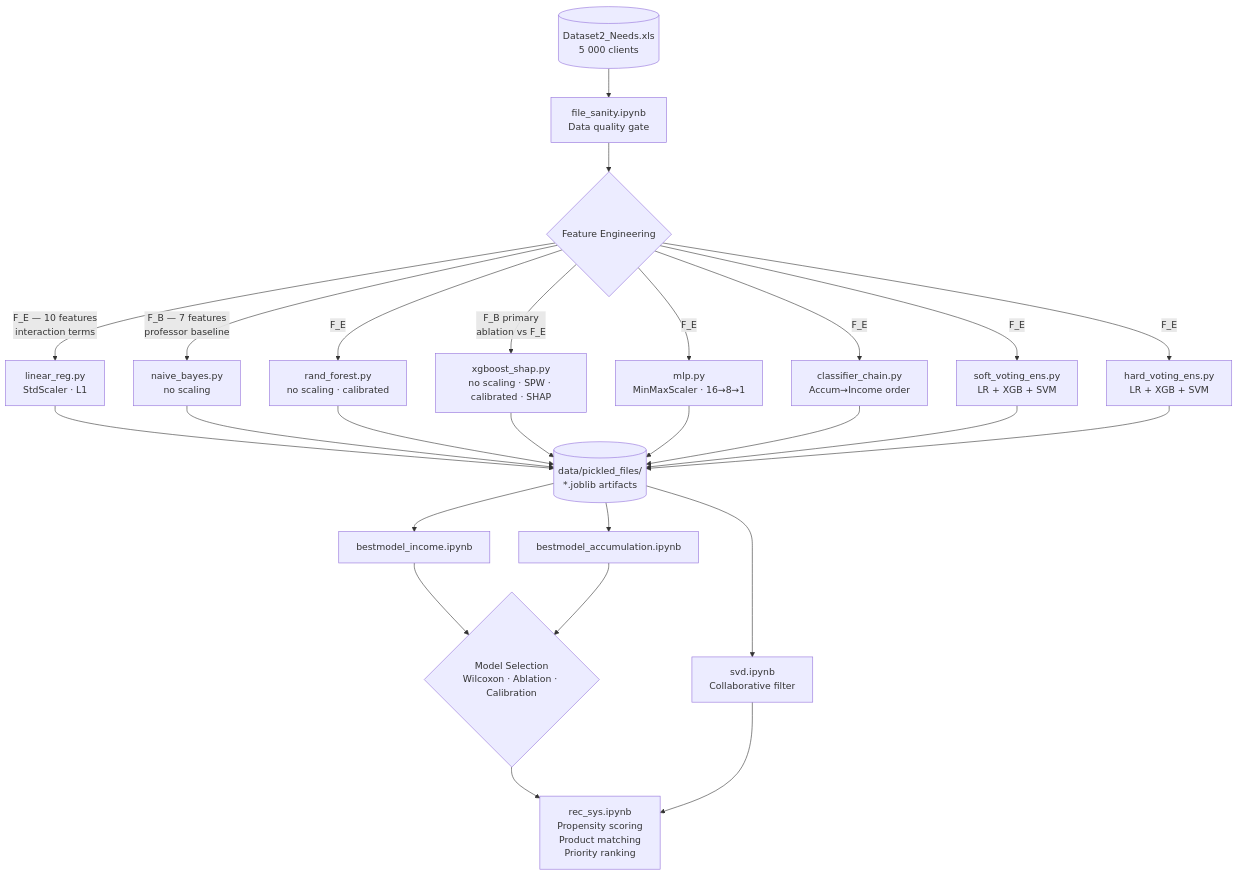
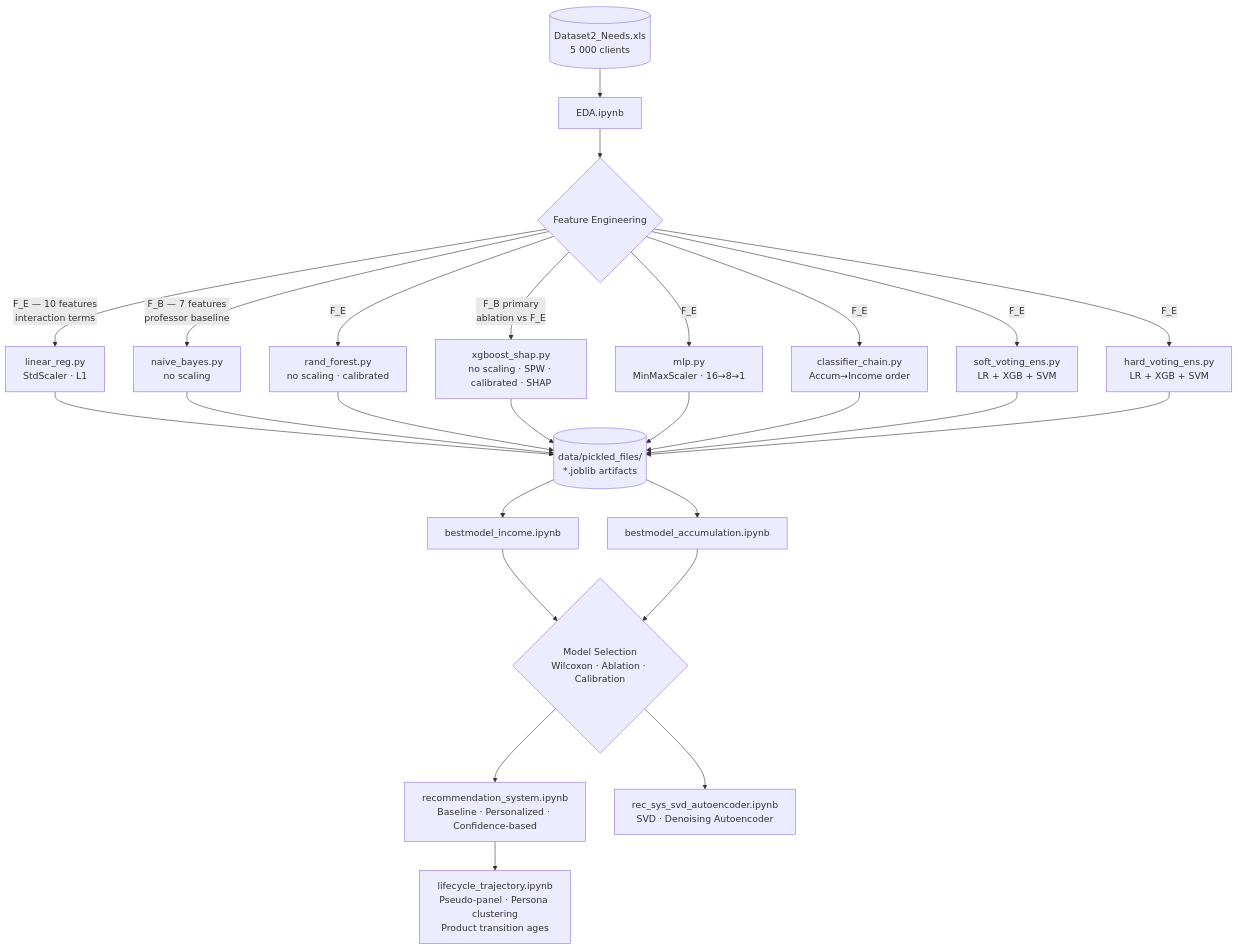
One commit to tommybaresi-creator/fintech-group-work changed the diagram in BusinessCase2/README.md. Above: the diagram before and after it, drawn with Mermaid. The commit also changed other lines of this file and 2 other files, not shown here.

````diff
--- a/BusinessCase2/README.md
+++ b/BusinessCase2/README.md
@@ -92,24 +94,24 @@
 ```mermaid
 flowchart TD
-    A[("Dataset2_Needs.xls\n5 000 clients")] --> B[file_sanity.ipynb\nData quality gate]
+    A[("Dataset2_Needs.xls\n5 000 clients")] --> B[EDA.ipynb]
     B --> C{Feature Engineering}
 
     C -->|"F_E — 10 features\ninteraction terms"| D1[linear_reg.py\nStdScaler · L1]
     C -->|"F_B — 7 features\nprofessor baseline"| D2[naive_bayes.py\nno scaling]
     C -->|F_E| D3[rand_forest.py\nno scaling · calibrated]
     C -->|"F_B primary\nablation vs F_E"| D4[xgboost_shap.py\nno scaling · SPW · calibrated · SHAP]
     C -->|F_E| D5[mlp.py\nMinMaxScaler · 16→8→1]
     C -->|F_E| D6[classifier_chain.py\nAccum→Income order]
     C -->|F_E| D7[soft_voting_ens.py\nLR + XGB + SVM]
     C -->|F_E| D8[hard_voting_ens.py\nLR + XGB + SVM]
 
     D1 & D2 & D3 & D4 & D5 & D6 & D7 & D8 --> E[("data/pickled_files/\n*.joblib artifacts")]
 
     E --> F1[bestmodel_income.ipynb]
     E --> F2[bestmodel_accumulation.ipynb]
 
     F1 & F2 --> G{Model Selection\nWilcoxon · Ablation · Calibration}
-    G --> H[rec_sys.ipynb\nPropensity scoring\nProduct matching\nPriority ranking]
-    E --> I[svd.ipynb\nCollaborative filter]
-    I --> H
+    G --> H[recommendation_system.ipynb\nBaseline · Personalized · Confidence-based]
+    G --> I[rec_sys_svd_autoencoder.ipynb\nSVD · Denoising Autoencoder]
+    H --> J[lifecycle_trajectory.ipynb\nPseudo-panel · Persona clustering\nProduct transition ages]
 ```
````
